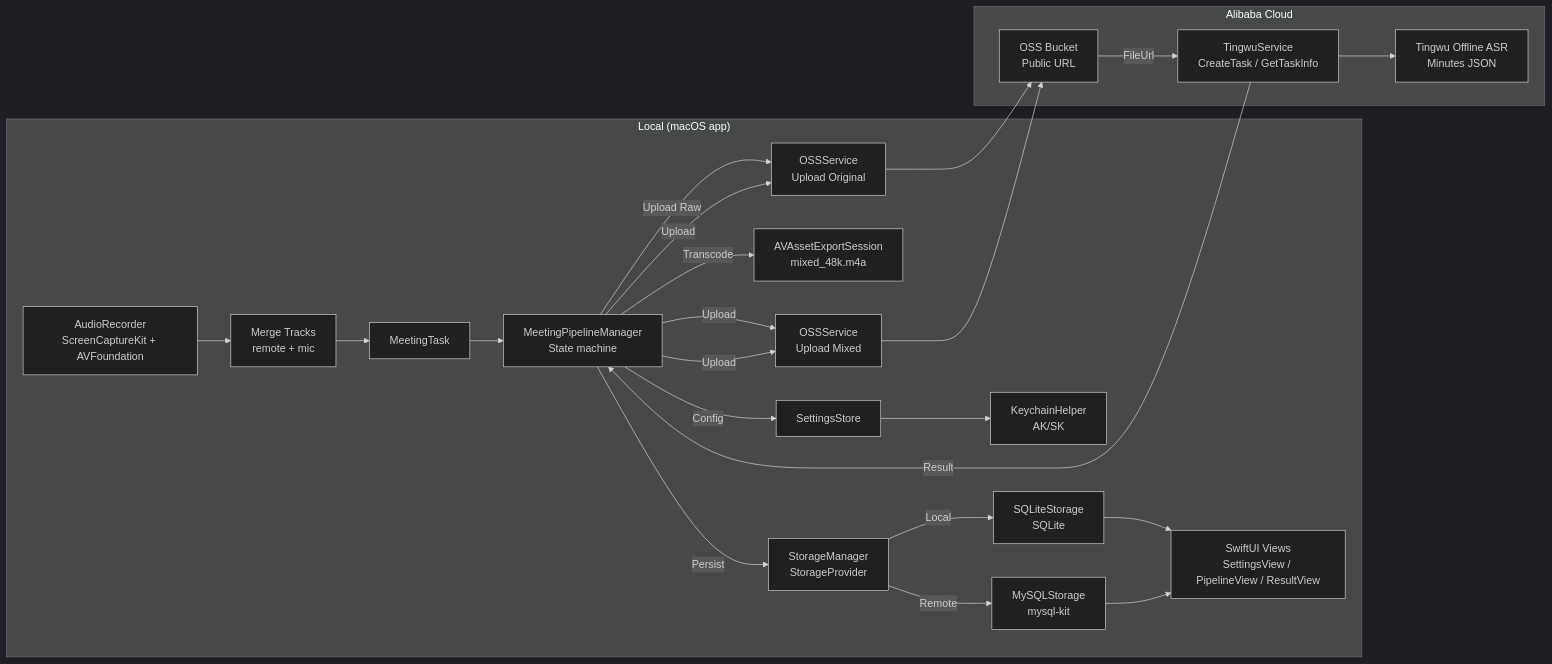
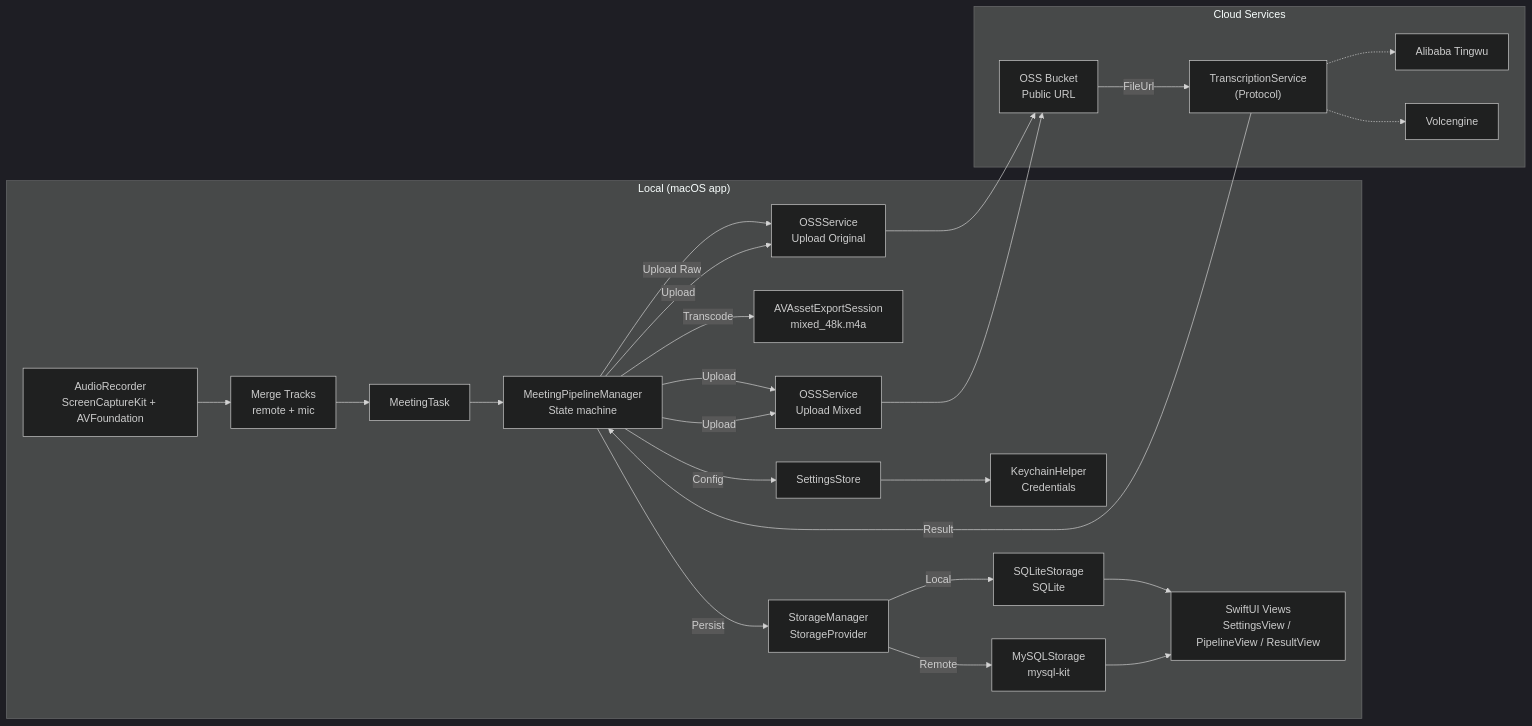
Before and after one commit to mistbit/VoiceMemo: the diagram in README.md, drawn with Mermaid (dark theme). The commit also changed other lines of this file and 30 other files, not shown here.

First line of the commit message:
feat: add multi-provider ASR architecture with Volcengine integration (#43)

````diff
--- a/README.md
+++ b/README.md
@@ -34,29 +34,33 @@
 ```mermaid
 flowchart LR
   subgraph Local["Local (macOS app)"]
     A["AudioRecorder<br/>ScreenCaptureKit + AVFoundation"] --> B["Merge Tracks<br/>remote + mic"]
     B --> C["MeetingTask"]
     C --> D["MeetingPipelineManager<br/>State machine"]
     D -->|Upload Raw| F1["OSSService<br/>Upload Original"]
-  D -->|Transcode| E["AVAssetExportSession<br/>mixed_48k.m4a"]
-  D -->|Upload| F2["OSSService<br/>Upload Mixed"]
-  D -->|Persist| SM["StorageManager<br/>StorageProvider"]
-  D -->|Config| S["SettingsStore"]
-  S --> K["KeychainHelper<br/>AK/SK"]
-  SM -->|Local| J1["SQLiteStorage<br/>SQLite"]
-  SM -->|Remote| J2["MySQLStorage<br/>mysql-kit"]
-  J1 --> V["SwiftUI Views<br/>SettingsView / PipelineView / ResultView"]
-  J2 --> V
+    D -->|Transcode| E["AVAssetExportSession<br/>mixed_48k.m4a"]
+    D -->|Upload| F2["OSSService<br/>Upload Mixed"]
+    D -->|Persist| SM["StorageManager<br/>StorageProvider"]
+    D -->|Config| S["SettingsStore"]
+    S --> K["KeychainHelper<br/>Credentials"]
+    SM -->|Local| J1["SQLiteStorage<br/>SQLite"]
+    SM -->|Remote| J2["MySQLStorage<br/>mysql-kit"]
+    J1 --> V["SwiftUI Views<br/>SettingsView / PipelineView / ResultView"]
+    J2 --> V
   end
 
-  subgraph Cloud["Alibaba Cloud"]
-  F1 --> G["OSS Bucket<br/>Public URL"]
-  F2 --> G
-  T["TingwuService<br/>CreateTask / GetTaskInfo"] --> R["Tingwu Offline ASR<br/>Minutes JSON"]
+  subgraph Cloud["Cloud Services"]
+    F1 --> G["OSS Bucket<br/>Public URL"]
+    F2 --> G
+    TS["TranscriptionService<br/>(Protocol)"]
+    T1["Alibaba Tingwu"]
+    T2["Volcengine"]
+    TS -.-> T1
+    TS -.-> T2
   end
 
   D -->|Upload| F1
   D -->|Upload| F2
-  G -->|FileUrl| T
-  T -->|Result| D
+  G -->|FileUrl| TS
+  TS -->|Result| D
 ```
````
